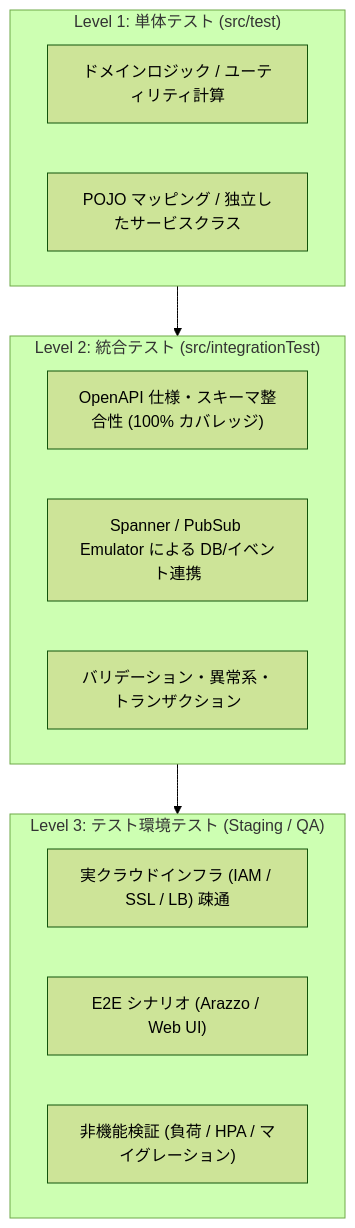
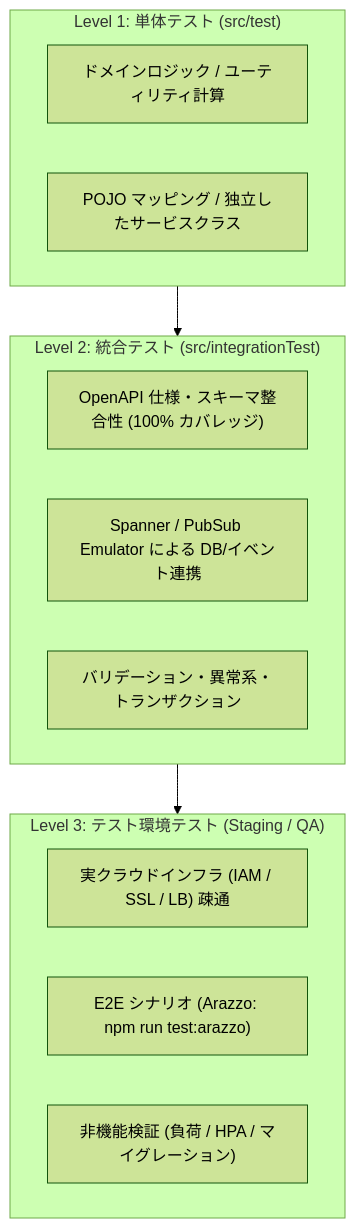
The first of 3 diagrams in docs/testing/test-strategy.md (tom009924/sandbox), drawn with Mermaid (forest theme) before and after one commit. The commit also changed other lines of this file and 1 other file, not shown here.

First line of the commit message:
docs: establish Arazzo workflow testing as primary runner for test environments

````diff
--- a/docs/testing/test-strategy.md
+++ b/docs/testing/test-strategy.md
@@ -22,22 +22,22 @@
 ```mermaid
 flowchart TD
     subgraph Level3["Level 3: テスト環境テスト (Staging / QA)"]
         L3_1["実クラウドインフラ (IAM / SSL / LB) 疎通"]
-        L3_2["E2E シナリオ (Arazzo / Web UI)"]
+        L3_2["E2E シナリオ (Arazzo: npm run test:arazzo)"]
         L3_3["非機能検証 (負荷 / HPA / マイグレーション)"]
     end
 
     subgraph Level2["Level 2: 統合テスト (src/integrationTest)"]
         L2_1["OpenAPI 仕様・スキーマ整合性 (100% カバレッジ)"]
         L2_2["Spanner / PubSub Emulator による DB/イベント連携"]
         L2_3["バリデーション・異常系・トランザクション"]
     end
 
     subgraph Level1["Level 1: 単体テスト (src/test)"]
         L1_1["ドメインロジック / ユーティリティ計算"]
         L1_2["POJO マッピング / 独立したサービスクラス"]
     end
 
     Level1 --> Level2
     Level2 --> Level3
 ```
````
